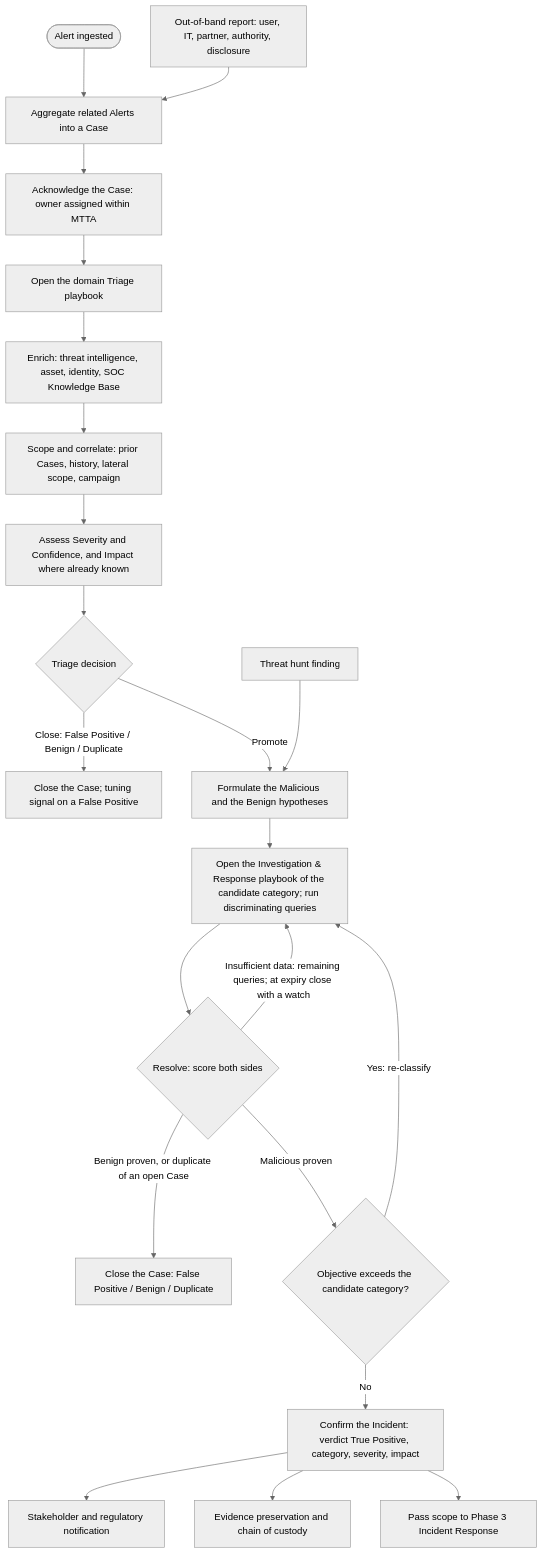
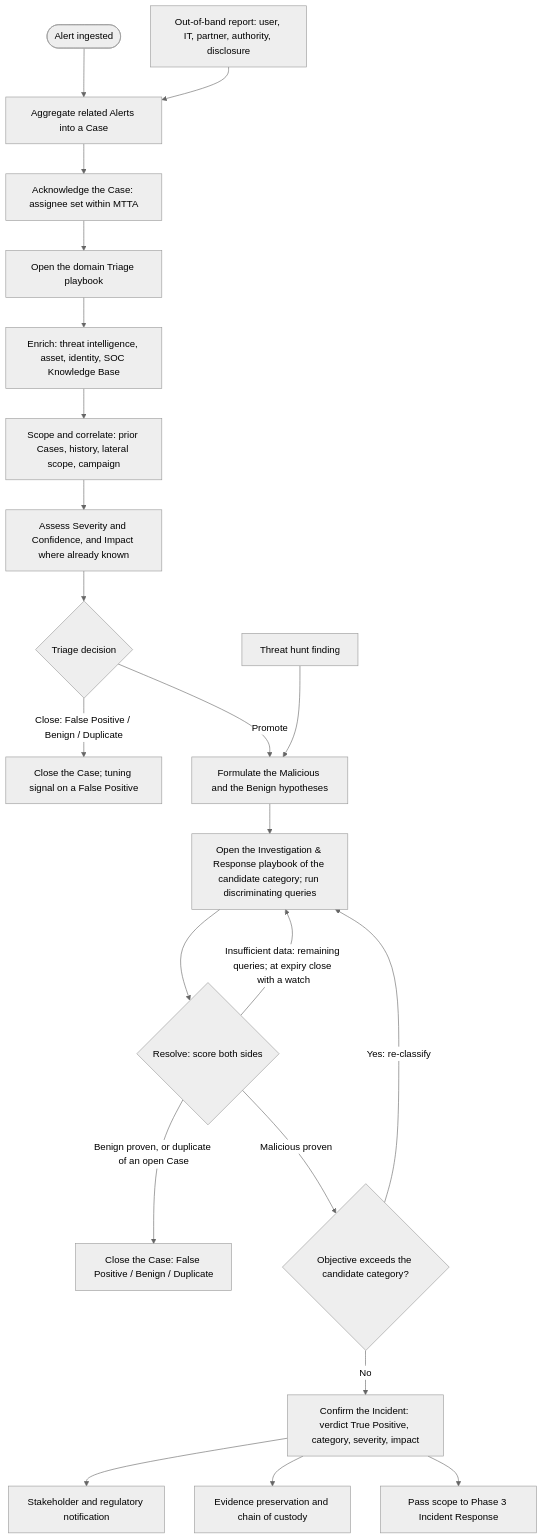
One commit to ZeroSOC/zerosoc-framework changed the diagram in 03-Processes/02-detection_and_analysis.md. Above: the diagram before and after it, drawn with Mermaid (neutral theme). The commit also changed other lines of this file and 4 other files, not shown here.

Commit message:
docs: assignee (OCSF) replaces owner/ownership for the Case

````diff
--- a/03-Processes/02-detection_and_analysis.md
+++ b/03-Processes/02-detection_and_analysis.md
@@ -17,24 +17,24 @@
 ```mermaid
 graph TD
     Start([Alert ingested]) --> Agg[Aggregate related Alerts into a Case]
     OOB[Out-of-band report: user, IT, partner, authority, disclosure] --> Agg
-    Agg --> Ack[Acknowledge the Case: owner assigned within MTTA]
+    Agg --> Ack[Acknowledge the Case: assignee set within MTTA]
     Ack --> Cart[Open the domain Triage playbook]
     Cart --> Enrich[Enrich: threat intelligence, asset, identity, SOC Knowledge Base]
     Enrich --> Scope[Scope and correlate: prior Cases, history, lateral scope, campaign]
     Scope --> Prioritize[Assess Severity and Confidence, and Impact where already known]
     Prioritize --> TriageDecision{Triage decision}
     TriageDecision -->|"Close: False Positive / Benign / Duplicate"| CloseT[Close the Case; tuning signal on a False Positive]
     TriageDecision -->|Promote| Hyp[Formulate the Malicious and the Benign hypotheses]
     Hunt[Threat hunt finding] --> Hyp
     Hyp --> Playbooks[Open the Investigation & Response playbook of the candidate category; run discriminating queries]
     Playbooks --> Resolve{Resolve: score both sides}
     Resolve -->|"Benign proven, or duplicate of an open Case"| CloseI[Close the Case: False Positive / Benign / Duplicate]
     Resolve -->|"Insufficient data: remaining queries; at expiry close with a watch"| Playbooks
     Resolve -->|"Malicious proven"| Reclass{Objective exceeds the candidate category?}
     Reclass -->|"Yes: re-classify"| Playbooks
     Reclass -->|No| Decl[Confirm the Incident: verdict True Positive, category, severity, impact]
     Decl --> Notify[Stakeholder and regulatory notification]
     Decl --> Evid[Evidence preservation and chain of custody]
     Decl --> Pass[Pass scope to Phase 3 Incident Response]
 ```
````
